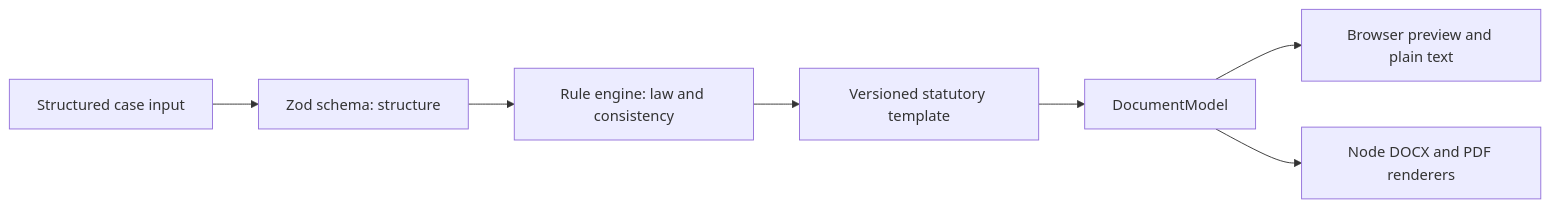
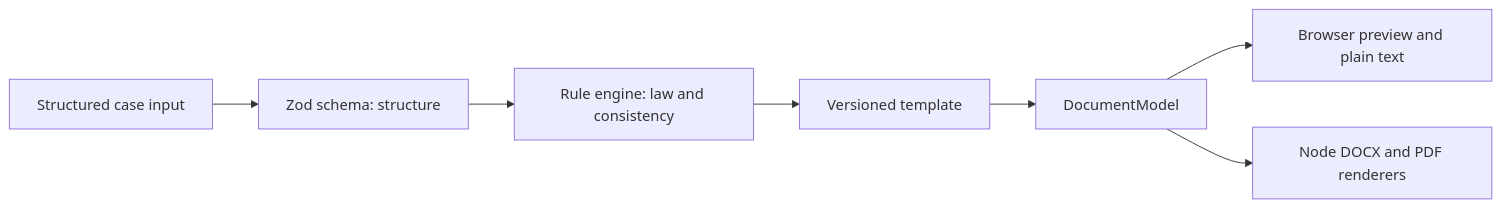
One commit to Timerk/urkundenwerk changed the diagram in packages/core/README.md. Above: the diagram before and after it, drawn with Mermaid. The commit also changed other lines of this file and 50 other files, not shown here.

````diff
--- a/packages/core/README.md
+++ b/packages/core/README.md
@@ -3,9 +3,9 @@
 ```mermaid
 flowchart LR
   Input["Structured case input"] --> Zod["Zod schema: structure"]
   Zod --> Rules["Rule engine: law and consistency"]
-  Rules --> Template["Versioned statutory template"]
+  Rules --> Template["Versioned template"]
   Template --> Model["DocumentModel"]
   Model --> Preview["Browser preview and plain text"]
   Model --> Exports["Node DOCX and PDF renderers"]
 ```
````
